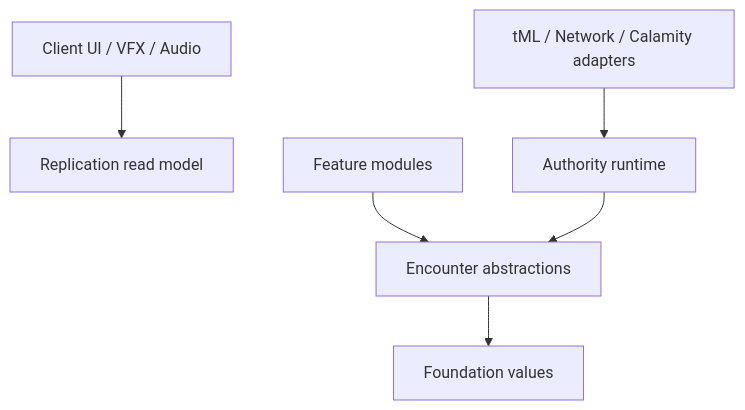
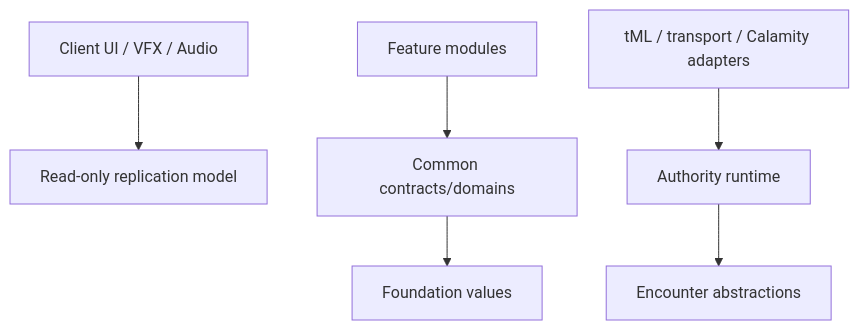
Before and after one commit to Minamium/Convergence-Mod: the diagram in docs/ARCHITECTURE.md, drawn with Mermaid. The commit also changed other lines of this file and 54 other files, not shown here.

````diff
--- a/docs/ARCHITECTURE.md
+++ b/docs/ARCHITECTURE.md
@@ -11,8 +39,8 @@
 ```mermaid
 flowchart TD
-    Client["Client UI / VFX / Audio"] --> Replica["Replication read model"]
-    Content["Feature modules"] --> Abstractions["Encounter abstractions"]
-    Runtime["Authority runtime"] --> Abstractions
-    Adapters["tML / Network / Calamity adapters"] --> Runtime
-    Abstractions --> Foundation["Foundation values"]
+    Client["Client UI / VFX / Audio"] --> Replica["Read-only replication model"]
+    Content["Feature modules"] --> Common["Common contracts/domains"]
+    Adapters["tML / transport / Calamity adapters"] --> Runtime["Authority runtime"]
+    Runtime --> Contracts["Encounter abstractions"]
+    Common --> Foundation["Foundation values"]
 ```
````
